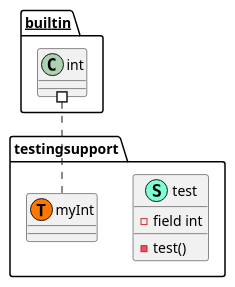
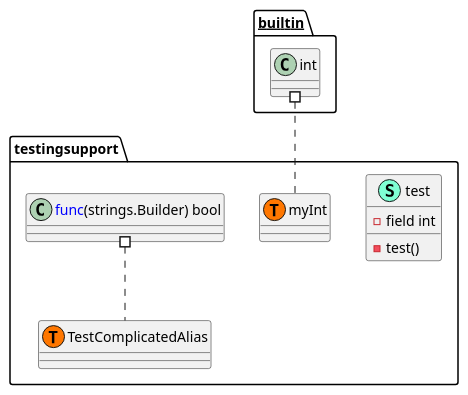
The diagram in testingsupport/testingsupport.puml (thgoexpt/PlantUML-Class-Diagram-Generator-for-golang-projects), drawn with PlantUML before and after one commit. The commit also changed 3 other files, not shown here.

```diff
--- a/testingsupport/testingsupport.puml
+++ b/testingsupport/testingsupport.puml
@@ -1,15 +1,21 @@
 @startuml
 namespace testingsupport {
     class test << (S,Aquamarine) >> {
         - field int
 
         - test() 
 
     }
+    class testingsupport.TestComplicatedAlias << (T, #FF7700) >>  {
+    }
     class testingsupport.myInt << (T, #FF7700) >>  {
+    }
+    class "<font color=blue>func</font>(strings.Builder) bool" as fontcolorbluefuncfontstringsBuilderbool {
+        'This class was created so that we can correctly have an alias pointing to this name. Since it contains dots that can break namespaces
     }
 }
 
 
 "__builtin__.int" #.. "testingsupport.myInt"
+"testingsupport.fontcolorbluefuncfontstringsBuilderbool" #.. "testingsupport.TestComplicatedAlias"
 @enduml
```
